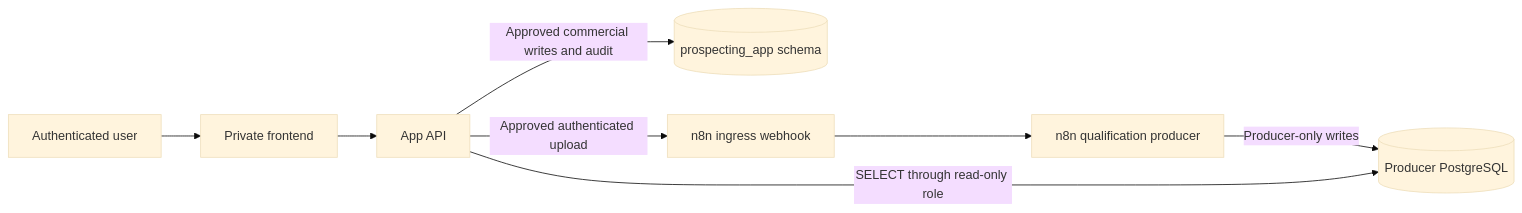
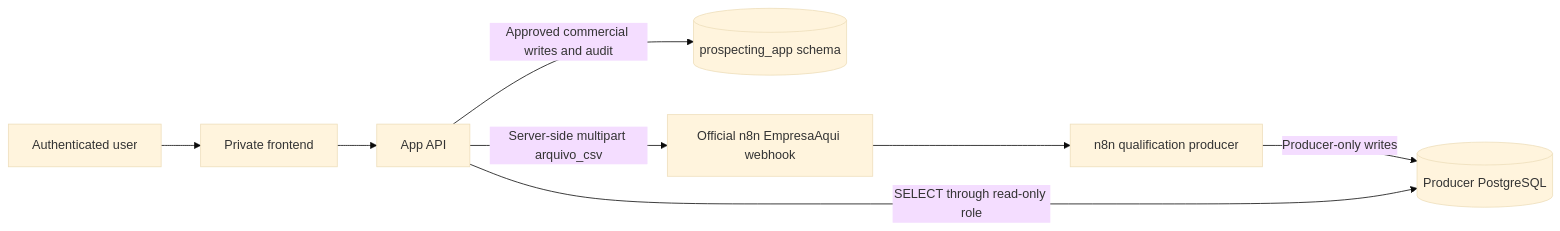
One commit to jordanogiacomet/new_frontend_prospector changed the diagram in .specs/features/prospecting-console/design.md. Above: the diagram before and after it, drawn with Mermaid (base theme). The commit also changed other lines of this file and 25 other files, not shown here.

````diff
--- a/.specs/features/prospecting-console/design.md
+++ b/.specs/features/prospecting-console/design.md
@@ -17,12 +22,12 @@
 ```mermaid
 flowchart LR
     U[Authenticated user] --> UI[Private frontend]
     UI --> API[App API]
 
     API -->|Approved commercial writes and audit| APPDB[(prospecting_app schema)]
-    API -->|Approved authenticated upload| INGRESS[n8n ingress webhook]
+    API -->|Server-side multipart arquivo_csv| INGRESS[Official n8n EmpresaAqui webhook]
     INGRESS --> N8N[n8n qualification producer]
     N8N -->|Producer-only writes| PRODDB[(Producer PostgreSQL)]
 
     API -->|SELECT through read-only role| PRODDB
 ```
````
